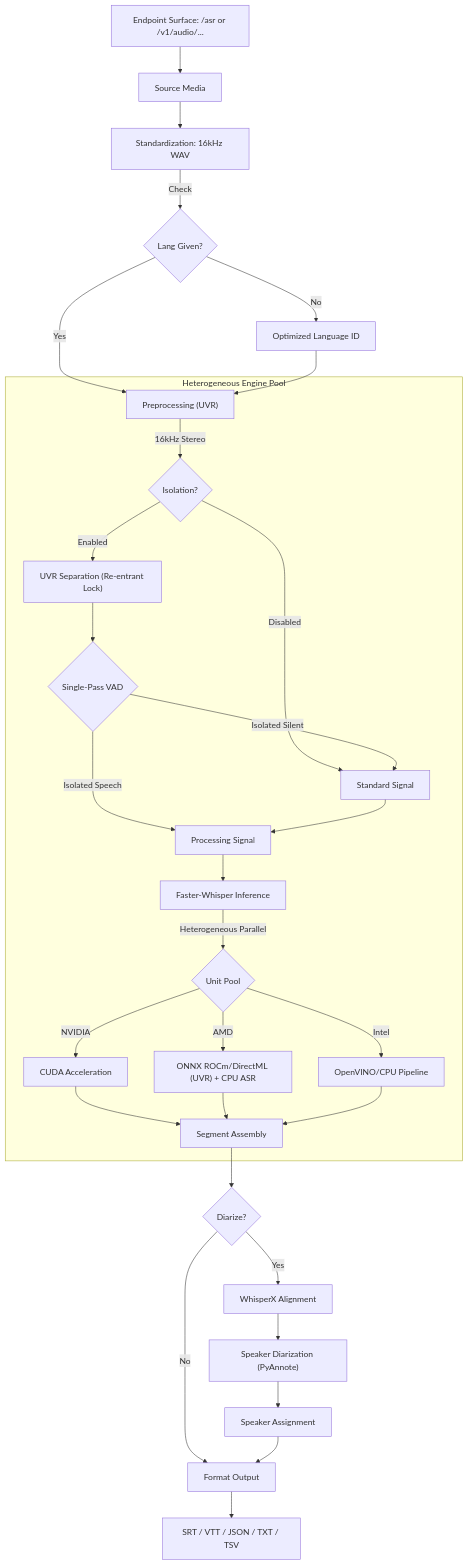
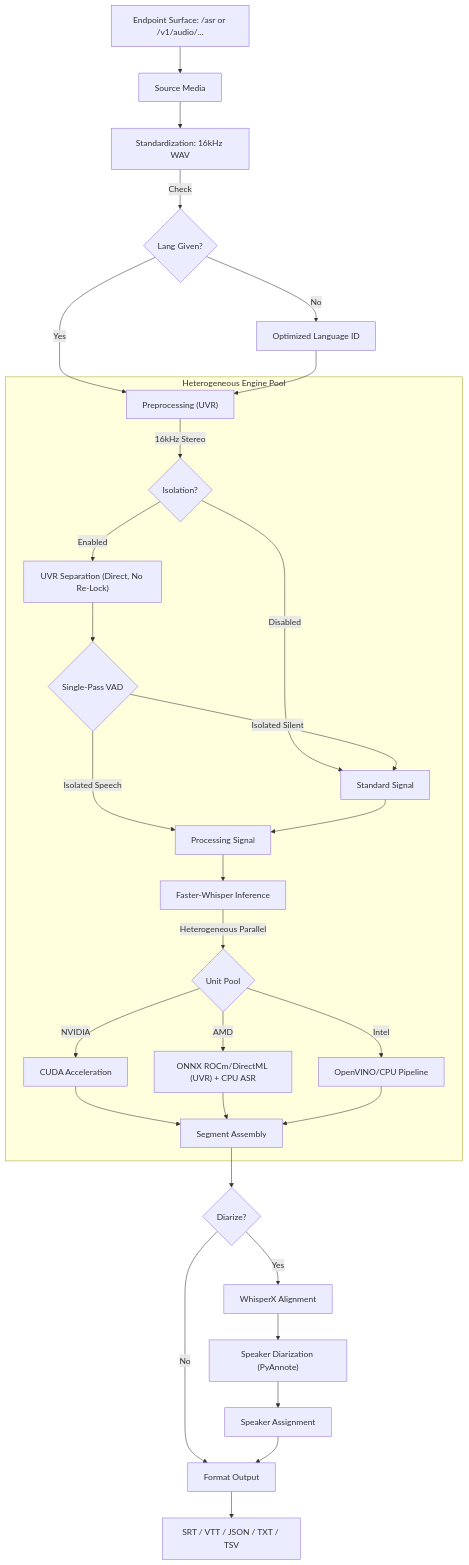
The first of 5 diagrams in docs/ARCHITECTURE.md (ventura8/Whisper-Pro-ASR), drawn with Mermaid before and after one commit. The commit also changed other lines of this file and 44 other files, not shown here.

````diff
--- a/docs/ARCHITECTURE.md
+++ b/docs/ARCHITECTURE.md
@@ -52,37 +52,37 @@
 ```mermaid
 graph TD
     EP["Endpoint Surface: /asr or /v1/audio/..."] --> A["Source Media"]
     A --> STD["Standardization: 16kHz WAV"]
     STD -->|Check| L{"Lang Given?"}
     L -->|No| LD["Optimized Language ID"]
     L -->|Yes| PRE["Preprocessing (UVR)"]
     LD --> PRE
     
     subgraph CORE ["Heterogeneous Engine Pool"]
     PRE -->|16kHz Stereo| C{"Isolation?"}
-    C -->|Enabled| D["UVR Separation (Re-entrant Lock)"]
+    C -->|Enabled| D["UVR Separation (Direct, No Re-Lock)"]
     C -->|Disabled| E["Standard Signal"]
     
     D --> VAD{"Single-Pass VAD"}
     VAD -->|Isolated Silent| E
     VAD -->|Isolated Speech| F["Processing Signal"]
     E --> F
     
     F --> G["Faster-Whisper Inference"]
     G -->|Heterogeneous Parallel| H{"Unit Pool"}
     H -->|NVIDIA| I["CUDA Acceleration"]
     H -->|AMD| AMD["ONNX ROCm/DirectML (UVR) + CPU ASR"]
     H -->|Intel| J["OpenVINO/CPU Pipeline"]
     I --> K["Segment Assembly"]
     AMD --> K
     J --> K
     end
 
     K --> DIAR{"Diarize?"}
     DIAR -->|No| FMT["Format Output"]
     DIAR -->|Yes| ALIGN["WhisperX Alignment"]
     ALIGN --> SPEAK["Speaker Diarization (PyAnnote)"]
     SPEAK --> ASSIGN["Speaker Assignment"]
     ASSIGN --> FMT
     FMT --> OUT["SRT / VTT / JSON / TXT / TSV"]
 ```
````
